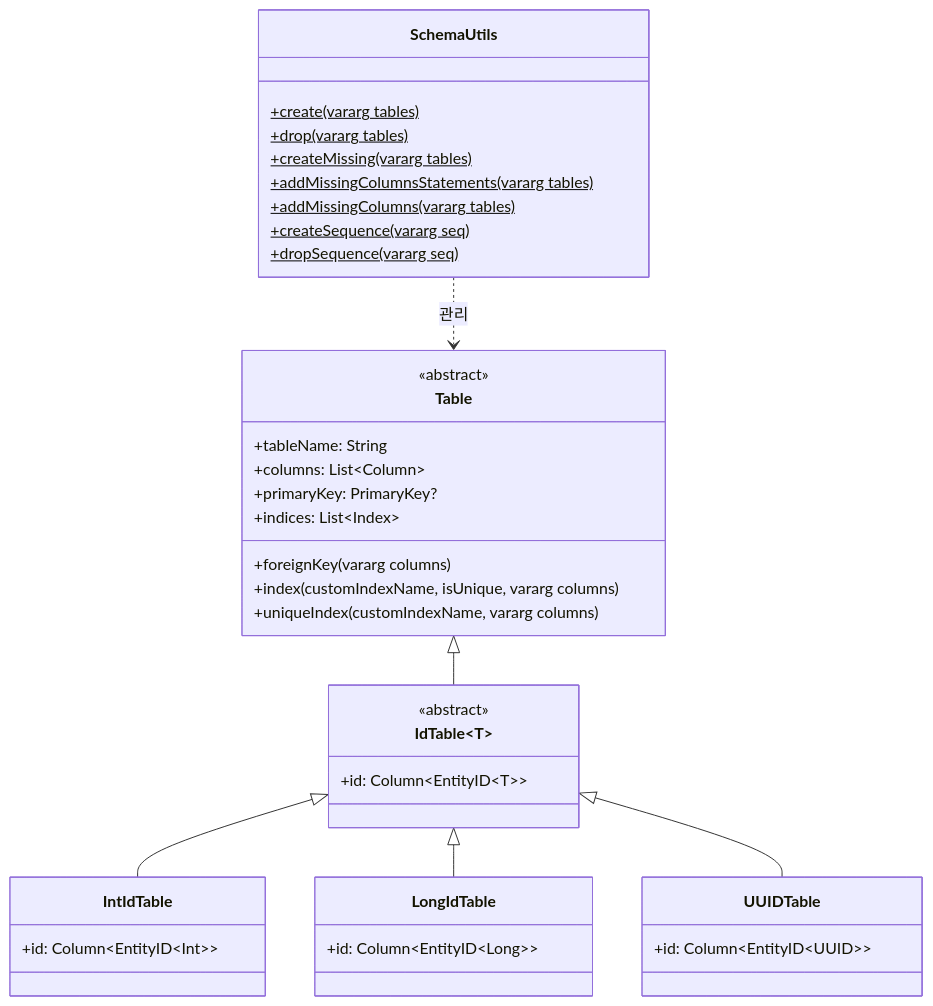
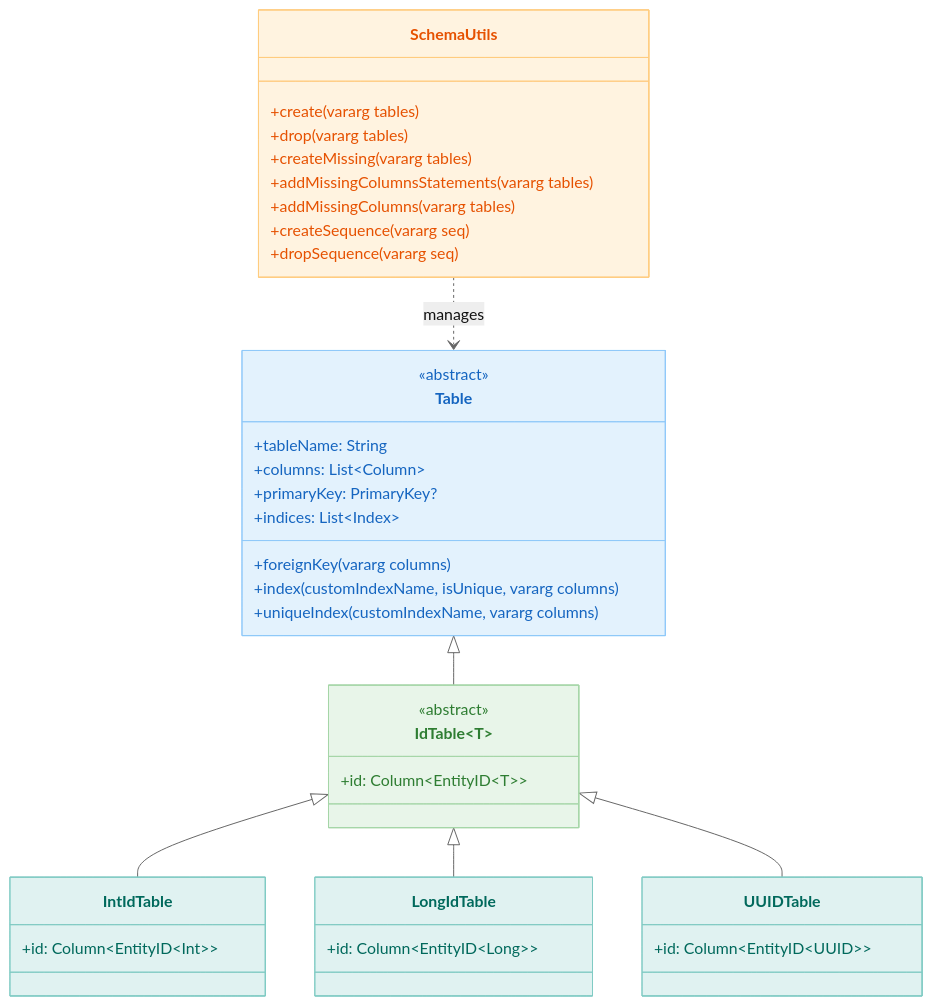
One commit to bluetape4k/exposed-r2dbc-workshop changed the first of 4 diagrams in 04-exposed-r2dbc-ddl/02-ddl/README.md. Above: the diagram before and after it, drawn with Mermaid. The commit also changed other lines of this file and 63 other files, not shown here.

First line of the commit message:
docs: 전 모듈 README Mermaid UML 추가 및 영/한 이중화

````diff
--- a/04-exposed-r2dbc-ddl/02-ddl/README.md
+++ b/04-exposed-r2dbc-ddl/02-ddl/README.md
@@ -31,41 +33,49 @@
 ```mermaid
+%%{init: {"theme": "neutral"}}%%
 classDiagram
     class Table {
         <<abstract>>
         +tableName: String
         +columns: List~Column~
         +primaryKey: PrimaryKey?
         +indices: List~Index~
         +foreignKey(vararg columns)
         +index(customIndexName, isUnique, vararg columns)
         +uniqueIndex(customIndexName, vararg columns)
     }
     class IntIdTable {
         +id: Column~EntityID~Int~~
     }
     class LongIdTable {
         +id: Column~EntityID~Long~~
     }
     class UUIDTable {
         +id: Column~EntityID~UUID~~
     }
     class IdTable~T~ {
         <<abstract>>
         +id: Column~EntityID~T~~
     }
     class SchemaUtils {
-        +create(vararg tables)$
-        +drop(vararg tables)$
-        +createMissing(vararg tables)$
-        +addMissingColumnsStatements(vararg tables)$
-        +addMissingColumns(vararg tables)$
-        +createSequence(vararg seq)$
-        +dropSequence(vararg seq)$
+        +create(vararg tables)
+        +drop(vararg tables)
+        +createMissing(vararg tables)
+        +addMissingColumnsStatements(vararg tables)
+        +addMissingColumns(vararg tables)
+        +createSequence(vararg seq)
+        +dropSequence(vararg seq)
     }
 
     IdTable~T~ <|-- IntIdTable
     IdTable~T~ <|-- LongIdTable
     IdTable~T~ <|-- UUIDTable
     Table <|-- IdTable~T~
-    SchemaUtils ..> Table : 관리
+    SchemaUtils ..> Table : manages
+
+    style Table fill:#E3F2FD,stroke:#90CAF9,color:#1565C0
+    style IdTable fill:#E8F5E9,stroke:#A5D6A7,color:#2E7D32
+    style IntIdTable fill:#E0F2F1,stroke:#80CBC4,color:#00695C
+    style LongIdTable fill:#E0F2F1,stroke:#80CBC4,color:#00695C
+    style UUIDTable fill:#E0F2F1,stroke:#80CBC4,color:#00695C
+    style SchemaUtils fill:#FFF3E0,stroke:#FFCC80,color:#E65100
 ```
````
